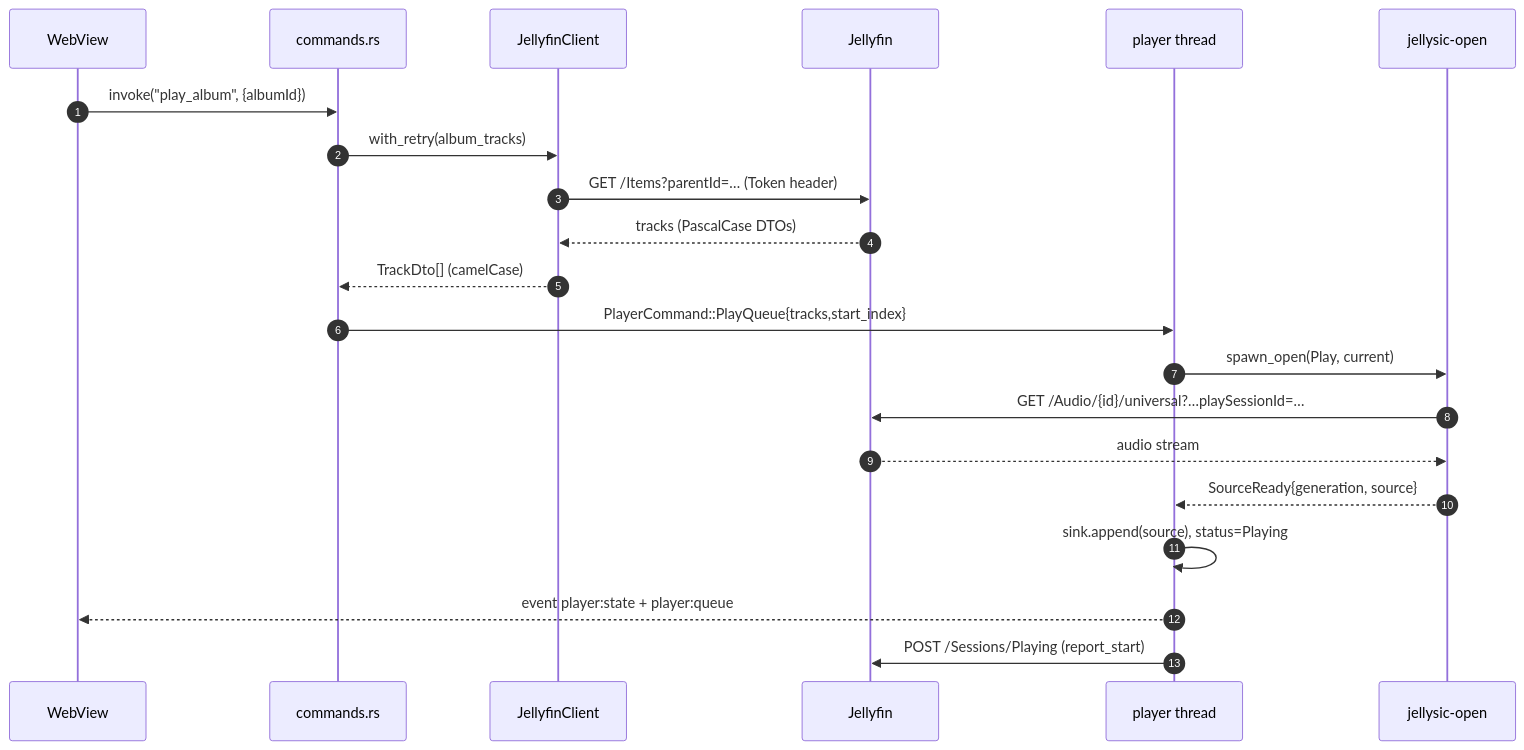
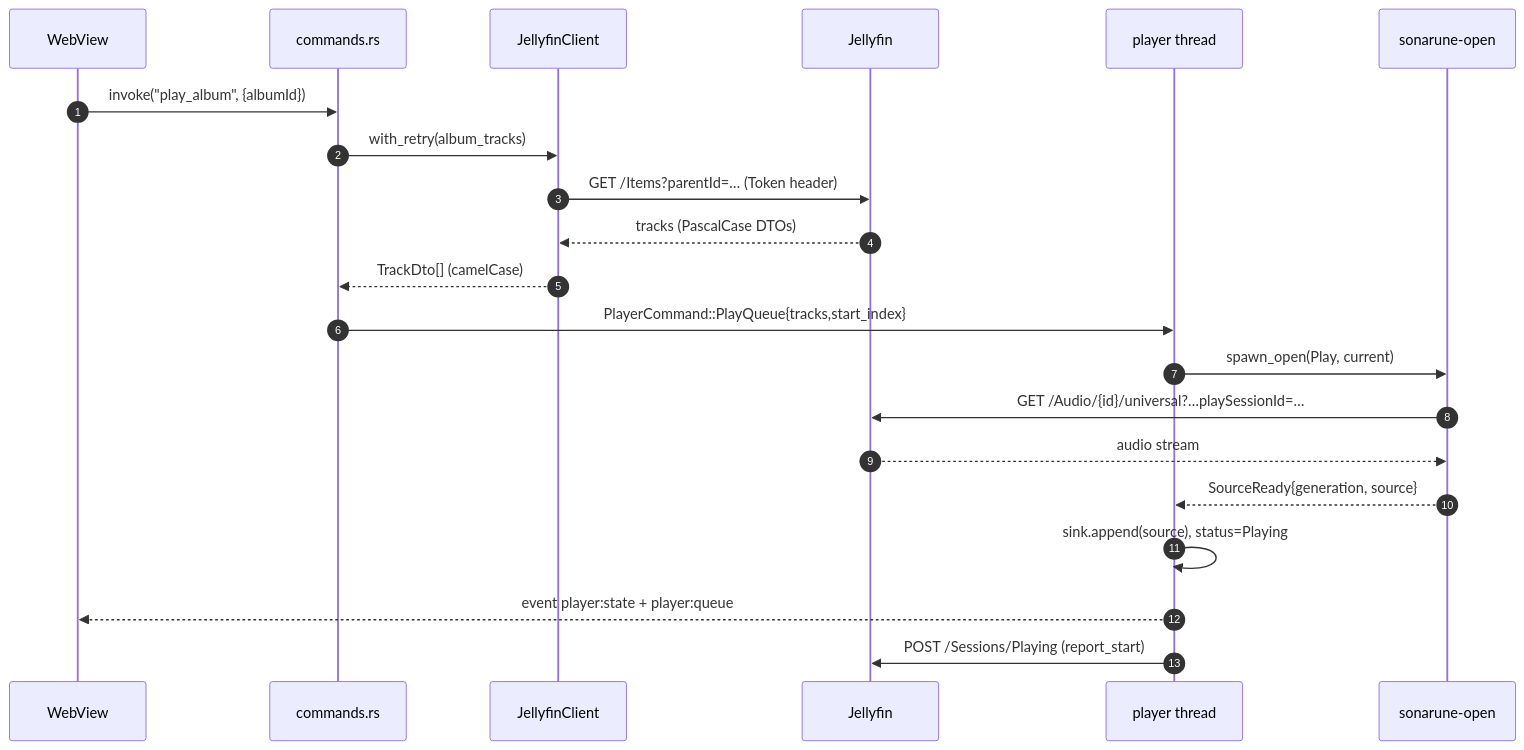
The seventh of 11 diagrams in docs/architecture.md (Ariazonaa/sonarune), drawn with Mermaid before and after one commit. The commit also changed other lines of this file and 94 other files, not shown here.

````diff
--- a/docs/architecture.md
+++ b/docs/architecture.md
@@ -231,24 +231,24 @@
 ```mermaid
 sequenceDiagram
     autonumber
     participant UI as WebView
     participant CMD as commands.rs
     participant API as JellyfinClient
     participant JF as Jellyfin
     participant P as player thread
-    participant O as jellysic-open
+    participant O as sonarune-open
 
     UI->>CMD: invoke("play_album", {albumId})
     CMD->>API: with_retry(album_tracks)
     API->>JF: GET /Items?parentId=… (Token header)
     JF-->>API: tracks (PascalCase DTOs)
     API-->>CMD: TrackDto[] (camelCase)
     CMD->>P: PlayerCommand::PlayQueue{tracks,start_index}
     P->>O: spawn_open(Play, current)
     O->>JF: GET /Audio/{id}/universal?…playSessionId=…
     JF-->>O: audio stream
     O-->>P: SourceReady{generation, source}
     P->>P: sink.append(source), status=Playing
     P-->>UI: event player:state + player:queue
     P->>JF: POST /Sessions/Playing (report_start)
 ```
````
